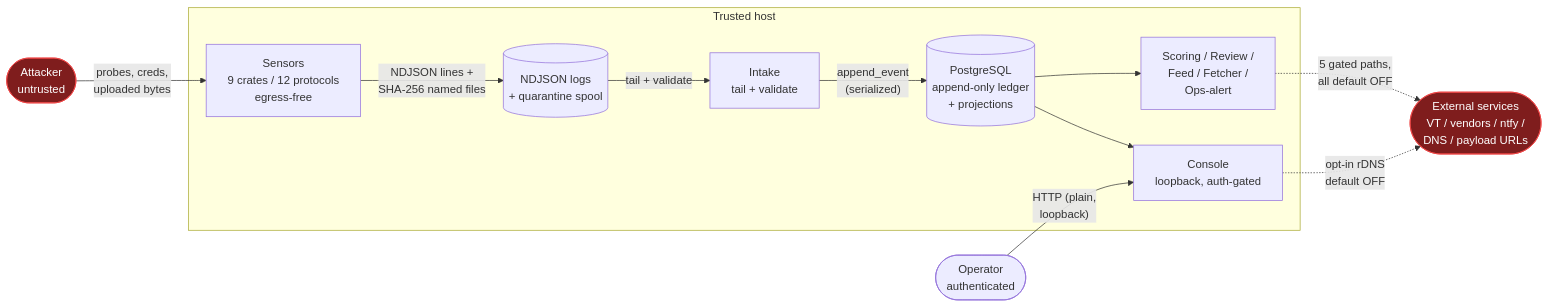
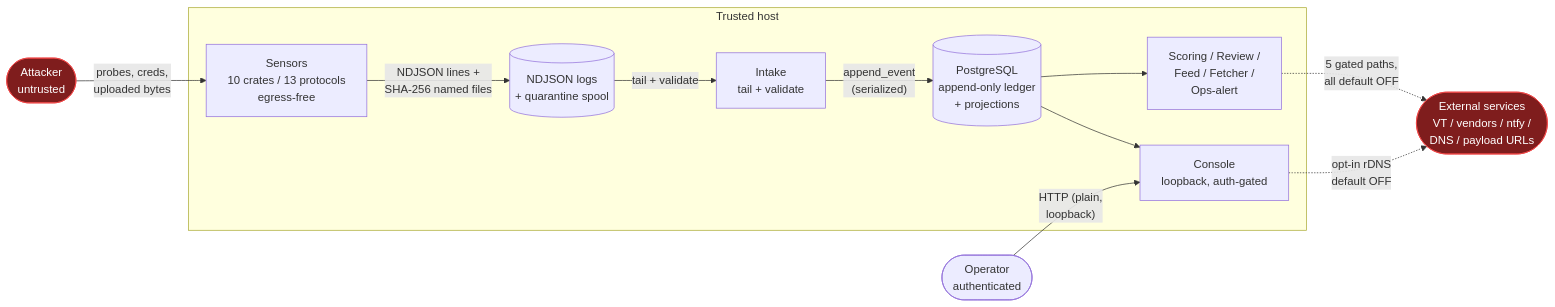
The diagram in docs/architecture/trust-boundaries-and-data-flows.md (brandontroidl/Propolis), drawn with Mermaid before and after one commit. The commit also changed other lines of this file and 64 other files, not shown here.

````diff
--- a/docs/architecture/trust-boundaries-and-data-flows.md
+++ b/docs/architecture/trust-boundaries-and-data-flows.md
@@ -33,30 +33,30 @@
 ```mermaid
 flowchart LR
     attacker([Attacker<br/>untrusted])
 
     subgraph host[Trusted host]
-        sensors[Sensors<br/>9 crates / 12 protocols<br/>egress-free]
+        sensors[Sensors<br/>10 crates / 13 protocols<br/>egress-free]
         logs[(NDJSON logs<br/>+ quarantine spool)]
         intake[Intake<br/>tail + validate]
         db[(PostgreSQL<br/>append-only ledger<br/>+ projections)]
         platform[Scoring / Review /<br/>Feed / Fetcher /<br/>Ops-alert]
         console[Console<br/>loopback, auth-gated]
     end
 
     operator([Operator<br/>authenticated])
     ext([External services<br/>VT / vendors / ntfy /<br/>DNS / payload URLs])
 
     attacker -->|"probes, creds,<br/>uploaded bytes"| sensors
     sensors -->|"NDJSON lines +<br/>SHA-256 named files"| logs
     logs -->|tail + validate| intake
     intake -->|"append_event<br/>(serialized)"| db
     db --> platform
     db --> console
     operator -->|"HTTP (plain,<br/>loopback)"| console
     platform -.->|"5 gated paths,<br/>all default OFF"| ext
     console -.->|"opt-in rDNS<br/>default OFF"| ext
 
     classDef untrusted fill:#7f1d1d,stroke:#ef4444,color:#fff
     classDef gated stroke-dasharray:5 5
     class attacker,ext untrusted
 ```
````
